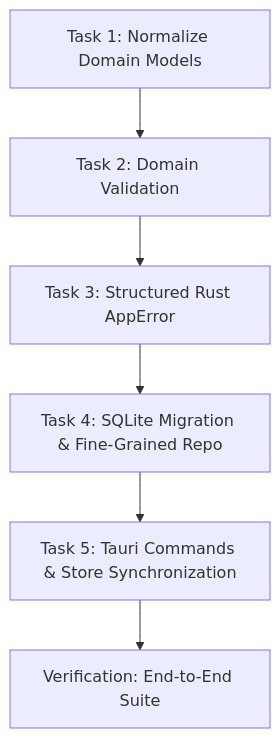
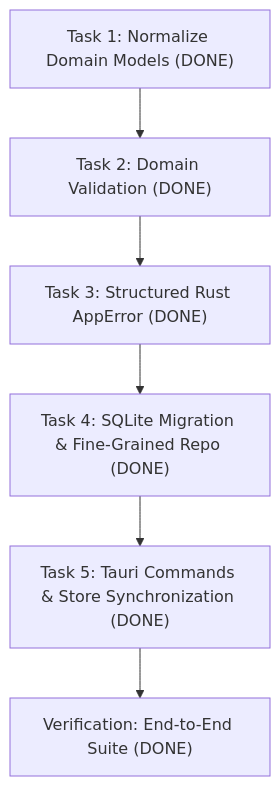
Before and after one commit to Loserdub/SETLIST: the diagram in docs/DOMAIN_AND_PERSISTENCE_AUDIT.md, drawn with Mermaid. The commit also changed other lines of this file and 191 other files, not shown here.

````diff
--- a/docs/DOMAIN_AND_PERSISTENCE_AUDIT.md
+++ b/docs/DOMAIN_AND_PERSISTENCE_AUDIT.md
@@ -117,8 +115,8 @@
 ```mermaid
 graph TD
-    A[Task 1: Normalize Domain Models] --> B[Task 2: Domain Validation]
-    B --> C[Task 3: Structured Rust AppError]
-    C --> D[Task 4: SQLite Migration & Fine-Grained Repo]
-    D --> E[Task 5: Tauri Commands & Store Synchronization]
-    E --> F[Verification: End-to-End Suite]
+    A["Task 1: Normalize Domain Models (DONE)"] --> B["Task 2: Domain Validation (DONE)"]
+    B --> C["Task 3: Structured Rust AppError (DONE)"]
+    C --> D["Task 4: SQLite Migration & Fine-Grained Repo (DONE)"]
+    D --> E["Task 5: Tauri Commands & Store Synchronization (DONE)"]
+    E --> F["Verification: End-to-End Suite (DONE)"]
 ```
````
